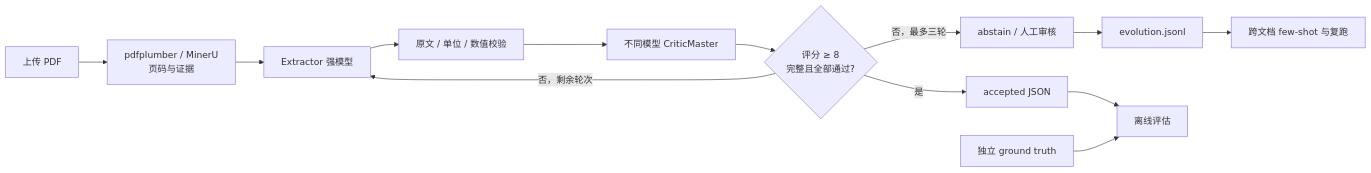
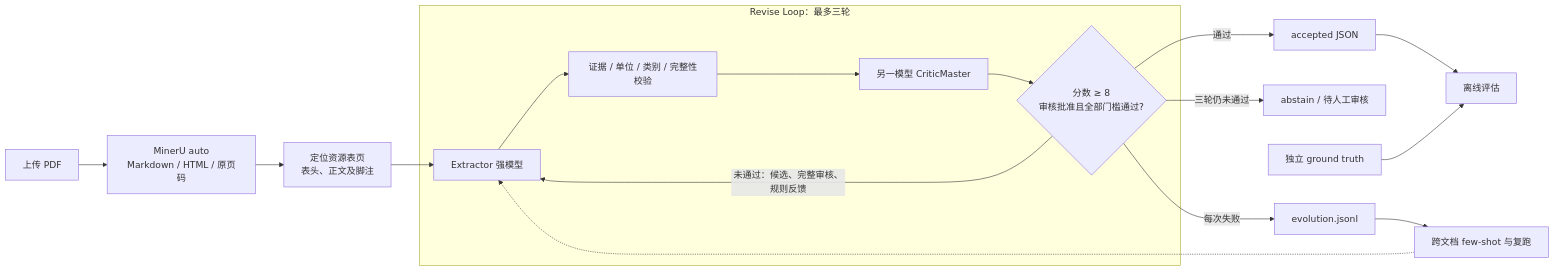
The diagram in README.md (BoringboyTXJ/ni43-resource-auditor), drawn with Mermaid before and after one commit. The commit also changed other lines of this file and 38 other files, not shown here.

````diff
--- a/README.md
+++ b/README.md
@@ -11,15 +11,19 @@
 ```mermaid
 flowchart LR
-    PDF[上传 PDF] --> Parse[pdfplumber / MinerU\n页码与证据]
-    Parse --> Extract[Extractor 强模型]
-    Extract --> Rules[原文 / 单位 / 数值校验]
-    Rules --> Critic[不同模型 CriticMaster]
-    Critic --> Gate{评分 ≥ 8\n完整且全部通过?}
-    Gate -->|是| Accept[accepted JSON]
-    Gate -->|否，剩余轮次| Extract
-    Gate -->|否，最多三轮| Abstain[abstain / 人工审核]
-    Abstain --> Log[evolution.jsonl]
+    PDF[上传 PDF] --> Parse[MinerU auto\nMarkdown / HTML / 原页码]
+    Parse --> Locate[定位资源表页\n表头、正文及脚注]
+    subgraph Revise[Revise Loop：最多三轮]
+        Extract[Extractor 强模型] --> Rules[证据 / 单位 / 类别 / 完整性校验]
+        Rules --> Critic[另一模型 CriticMaster]
+        Critic --> Gate{分数 ≥ 8\n审核批准且全部门槛通过?}
+        Gate -->|未通过：候选、完整审核、规则反馈| Extract
+    end
+    Locate --> Extract
+    Gate -->|通过| Accept[accepted JSON]
+    Gate -->|三轮仍未通过| Abstain[abstain / 待人工审核]
+    Gate -->|每次失败| Log[evolution.jsonl]
     Log --> Replay[跨文档 few-shot 与复跑]
+    Replay -.-> Extract
     Accept --> Eval[离线评估]
     Truth[独立 ground truth] --> Eval
 ```
````
